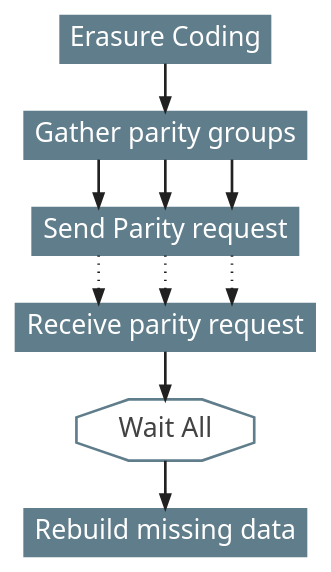
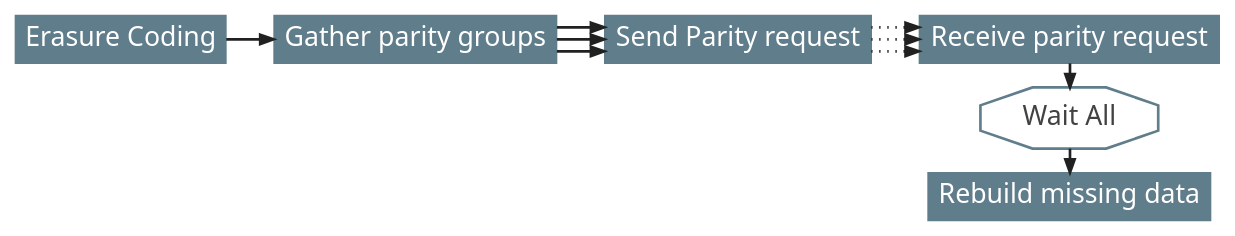
Before and after one commit to DanX3/ddn_dht: the diagram in thesis/img/recovery.dot, drawn with Graphviz. The commit also changed 12 other files, not shown here.

```diff
--- a/thesis/img/recovery.dot
+++ b/thesis/img/recovery.dot
@@ -1,25 +1,29 @@
 digraph Recovery {
+    rankdir=LR
     node [shape=box style="filled" color="#607d8b" fontcolor=white
     fontsize=20.0 fontname="Noto Sans" ]
     edge [color="#212121" penwidth=2.0 fontname="Noto Sans" fontsize=18.0]
     node [shape=box]
     splines=ortho
     style=dashed
 
-    wait_all_parity [shape = "octagon" label = "Wait All" style=solid
-    color="#607d8b" fontcolor="#424242" penwidth=2]
     erasure_coding [label="Erasure Coding"]
     gather_parity_map [label="Gather parity groups"]
     send_parity_request [label="Send Parity request"]
-    rebuild_missing_data [label="Rebuild missing data"]
-    recv_parity_request [label="Receive parity request"]
 
     erasure_coding -> gather_parity_map -> send_parity_request
     gather_parity_map -> send_parity_request
     gather_parity_map -> send_parity_request
     send_parity_request -> recv_parity_request [style=dotted]
     send_parity_request -> recv_parity_request [style=dotted]
     send_parity_request -> recv_parity_request [style=dotted]
-    recv_parity_request -> wait_all_parity -> rebuild_missing_data
+    subgraph ReceiveRequest {
+        rank = "sink"
+        recv_parity_request [label="Receive parity request"]
+        wait_all_parity [shape = "octagon" label = "Wait All" style=solid
+            color="#607d8b" fontcolor="#424242" penwidth=2]
+        rebuild_missing_data [label="Rebuild missing data"]
+        recv_parity_request -> wait_all_parity -> rebuild_missing_data
+    }
 
 }
```
